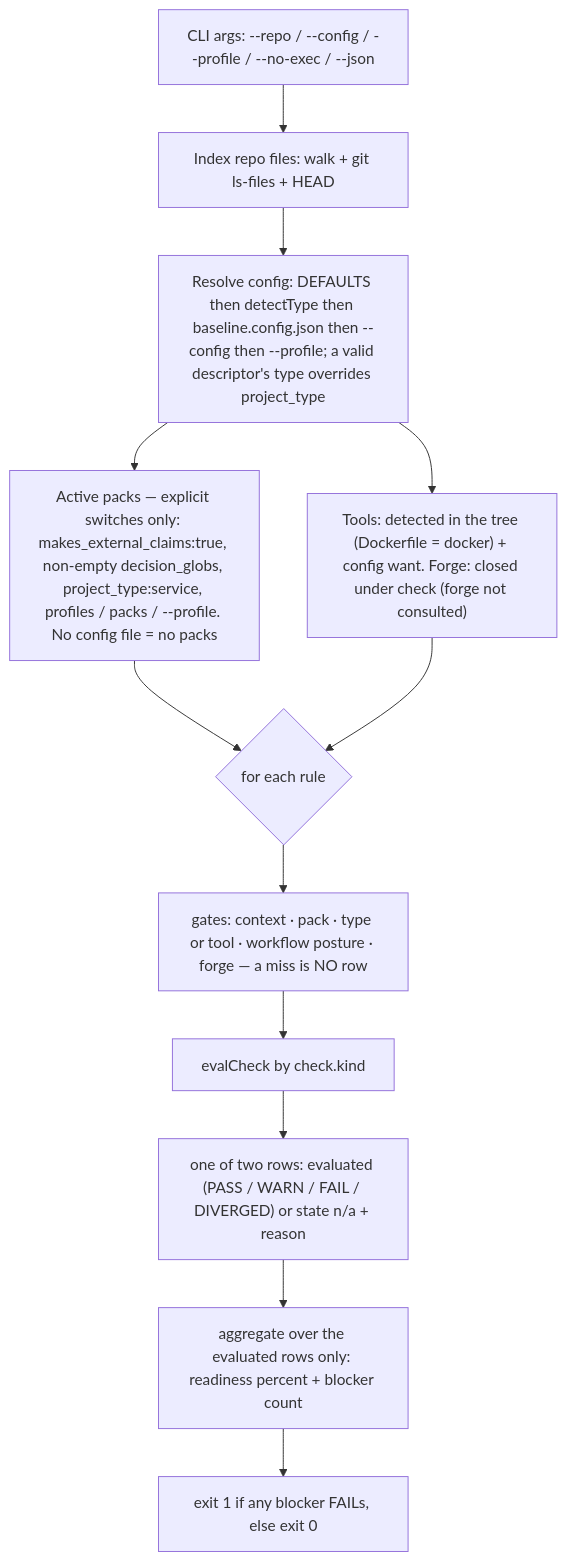
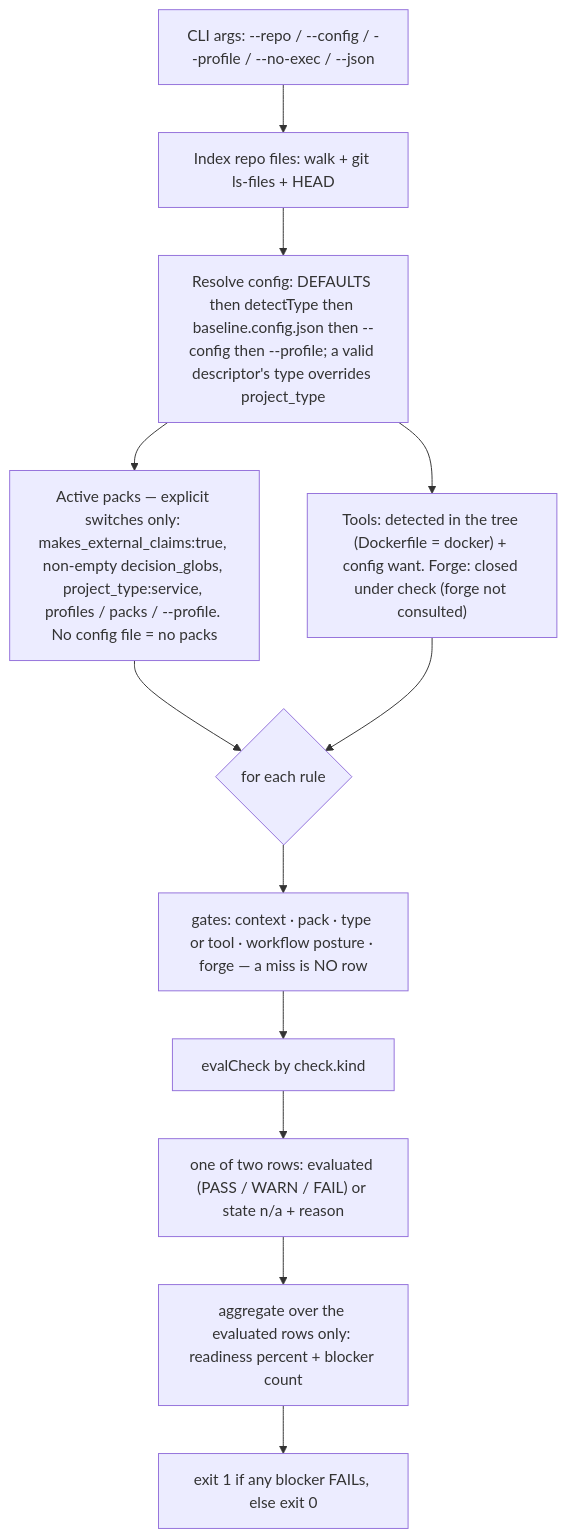
The second of 3 diagrams in REFERENCE.md (AdarGit008/baseline-skill), drawn with Mermaid before and after one commit. The commit also changed other lines of this file and 16 other files, not shown here.

````diff
--- a/REFERENCE.md
+++ b/REFERENCE.md
@@ -81,14 +94,14 @@
 ```mermaid
 flowchart TD
   A["CLI args: --repo / --config / --profile / --no-exec / --json"] --> B["Index repo files: walk + git ls-files + HEAD"]
   B --> C["Resolve config: DEFAULTS then detectType then baseline.config.json then --config then --profile; a valid descriptor's type overrides project_type"]
   C --> D["Active packs — explicit switches only: makes_external_claims:true, non-empty decision_globs, project_type:service, profiles / packs / --profile. No config file = no packs"]
   C --> E["Tools: detected in the tree (Dockerfile = docker) + config want. Forge: closed under check (forge not consulted)"]
   D --> F{"for each rule"}
   E --> F
   F --> G["gates: context · pack · type or tool · workflow posture · forge — a miss is NO row"]
   G --> H["evalCheck by check.kind"]
-  H --> I["one of two rows: evaluated (PASS / WARN / FAIL / DIVERGED) or state n/a + reason"]
+  H --> I["one of two rows: evaluated (PASS / WARN / FAIL) or state n/a + reason"]
   I --> J["aggregate over the evaluated rows only: readiness percent + blocker count"]
   J --> K["exit 1 if any blocker FAILs, else exit 0"]
 ```
````
